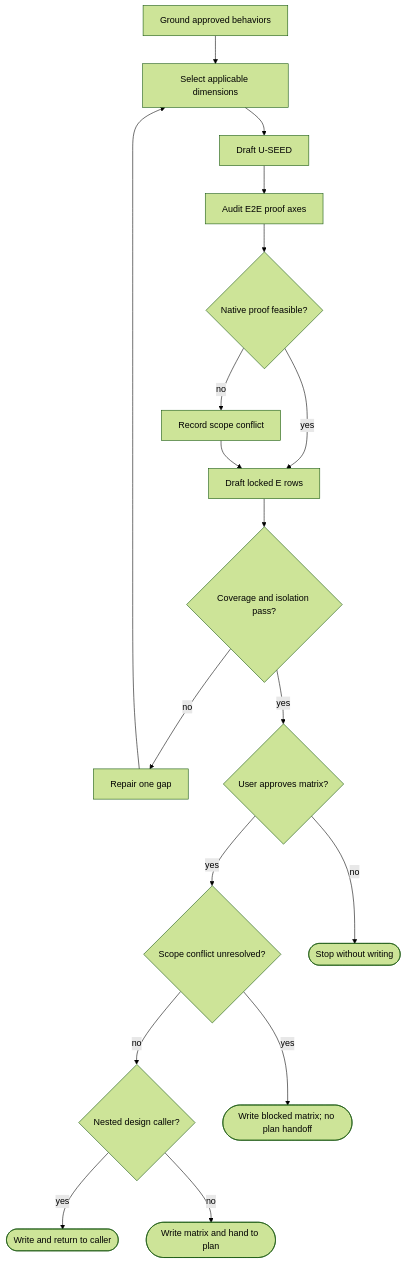
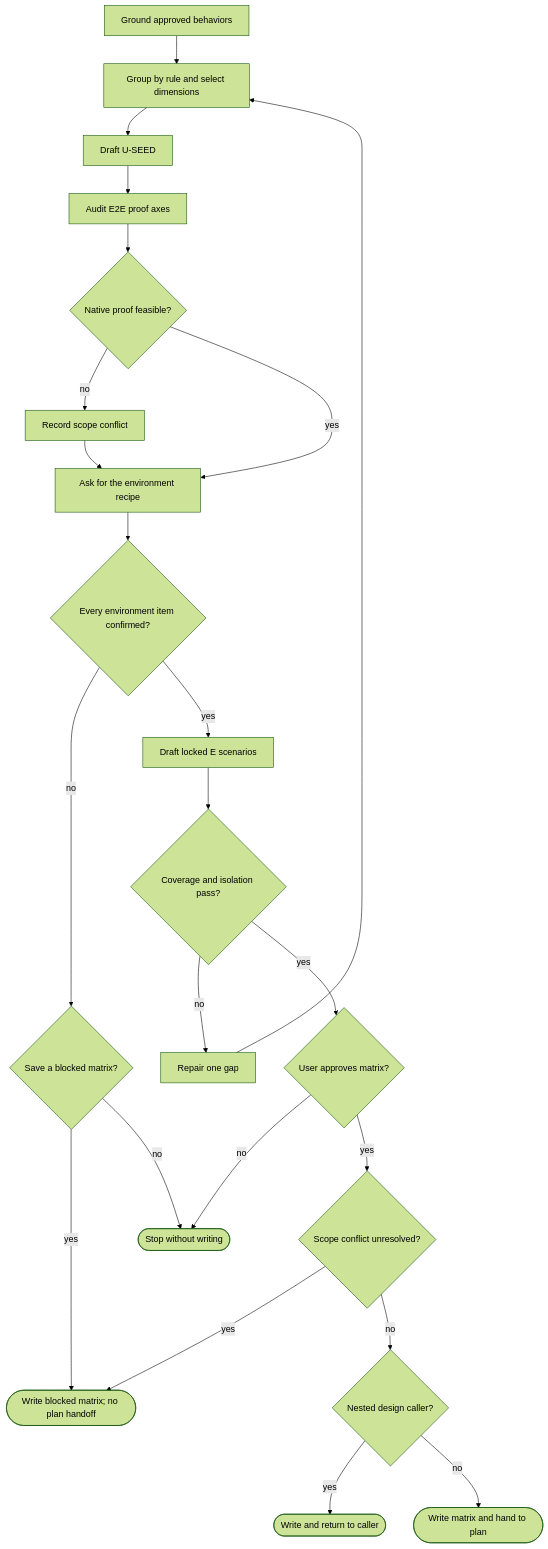
The diagram in wayne-test-design/SKILL.md (waynejing995/wayne-taste), drawn with Mermaid (forest theme) before and after one commit. The commit also changed other lines of this file and 1 other file, not shown here.

````diff
--- a/wayne-test-design/SKILL.md
+++ b/wayne-test-design/SKILL.md
@@ -62,33 +106,41 @@
 ```mermaid
 flowchart TB
     A["Ground approved behaviors"]
-    B["Select applicable dimensions"]
+    B["Group by rule and select dimensions"]
     C["Draft U-SEED"]
     D["Audit E2E proof axes"]
     E{"Native proof feasible?"}
     X["Record scope conflict"]
-    F["Draft locked E rows"]
+    Q["Ask for the environment recipe"]
+    QD{"Every environment item confirmed?"}
+    PB{"Save a blocked matrix?"}
+    F["Draft locked E scenarios"]
     G{"Coverage and isolation pass?"}
     R["Repair one gap"]
     H{"User approves matrix?"}
     I{"Scope conflict unresolved?"}
     J{"Nested design caller?"}
     K(["Write blocked matrix; no plan handoff"])
     M(["Write and return to caller"])
     S(["Stop without writing"])
     W(["Write matrix and hand to plan"])
     A --> B --> C --> D --> E
     E -->|"no"| X
-    E -->|"yes"| F
-    X --> F
+    E -->|"yes"| Q
+    X --> Q
+    Q --> QD
+    QD -->|"no"| PB
+    PB -->|"yes"| K
+    PB -->|"no"| S
+    QD -->|"yes"| F
     F --> G
     G -->|"no"| R
     R --> B
     G -->|"yes"| H
     H -->|"no"| S
     H -->|"yes"| I
     I -->|"yes"| K
     I -->|"no"| J
     J -->|"yes"| M
     J -->|"no"| W
 ```
````
